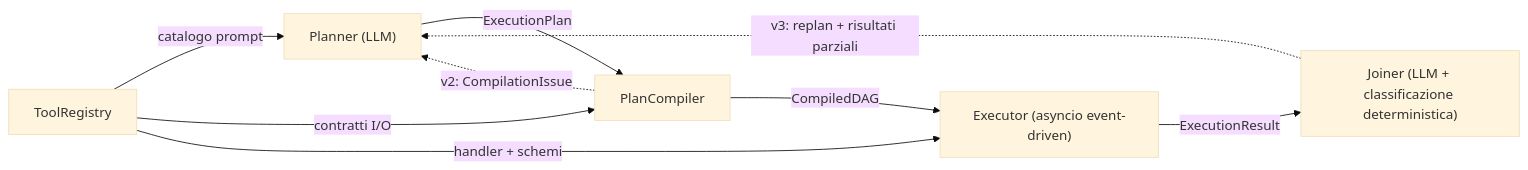
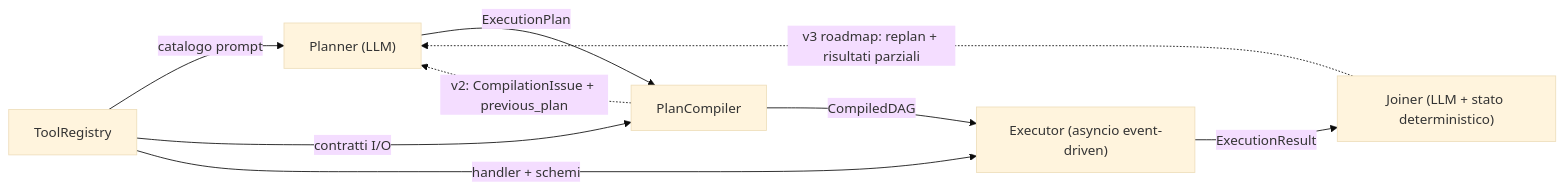
The first of 2 diagrams in README.md (patatabollente/LLM-compiler-Langgraph), drawn with Mermaid (base theme) before and after one commit. The commit also changed other lines of this file and 10 other files, not shown here.

````diff
--- a/README.md
+++ b/README.md
@@ -13,11 +78,11 @@
 ```mermaid
 flowchart LR
     R["ToolRegistry"] -->|catalogo prompt| P["Planner (LLM)"]
     P -->|ExecutionPlan| C["PlanCompiler"]
     R -->|contratti I/O| C
     C -->|CompiledDAG| E["Executor (asyncio event-driven)"]
     R -->|handler + schemi| E
-    E -->|ExecutionResult| J["Joiner (LLM + classificazione deterministica)"]
-    C -. "v2: CompilationIssue" .-> P
-    J -. "v3: replan + risultati parziali" .-> P
+    E -->|ExecutionResult| J["Joiner (LLM + stato deterministico)"]
+    C -. "v2: CompilationIssue + previous_plan" .-> P
+    J -. "v3 roadmap: replan + risultati parziali" .-> P
 ```
````
